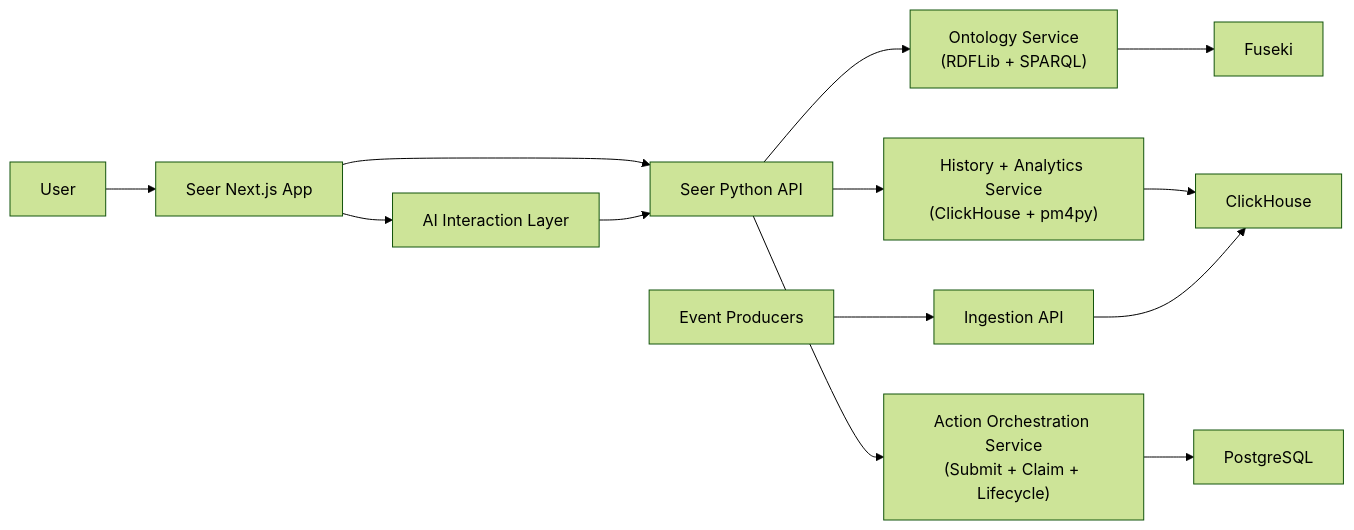
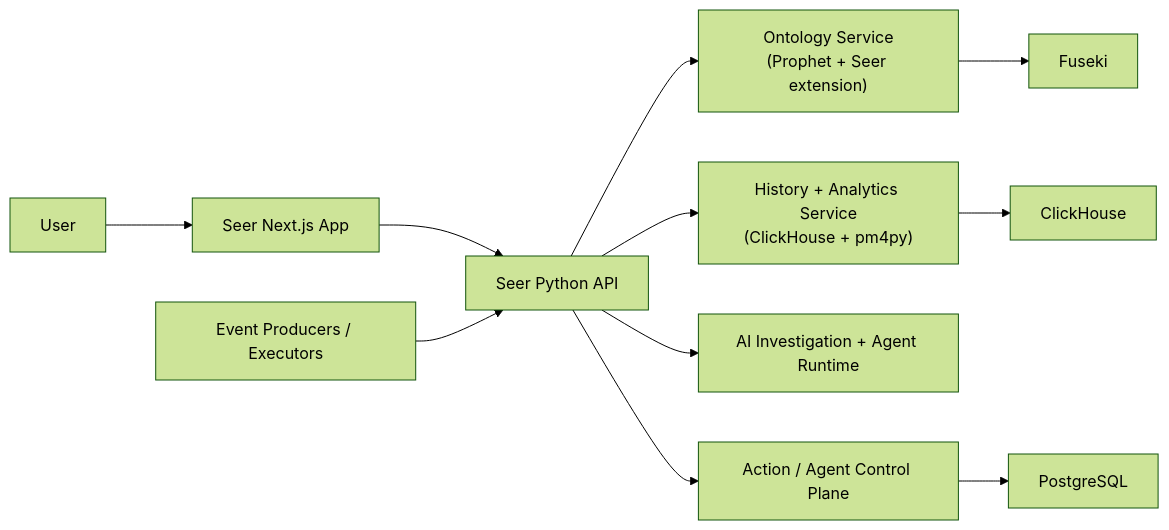
One commit to Chainso/the-seer changed the diagram in VISION.md. Above: the diagram before and after it, drawn with Mermaid (forest theme). The commit also changed other lines of this file and 8 other files, not shown here.

First line of the commit message:
Reframe Seer around AI-first investigation and managed agents

````diff
--- a/VISION.md
+++ b/VISION.md
@@ -60,18 +197,16 @@
 ```mermaid
 flowchart LR
   U["User"] --> FE["Seer Next.js App"]
   FE --> API["Seer Python API"]
-  FE --> AI["AI Interaction Layer"]
-  AI --> API
 
-  API --> ONT["Ontology Service\n(RDFLib + SPARQL)"]
+  API --> ONT["Ontology Service\n(Prophet + Seer extension)"]
   API --> HIS["History + Analytics Service\n(ClickHouse + pm4py)"]
-  API --> ACT["Action Orchestration Service\n(Submit + Claim + Lifecycle)"]
+  API --> AI["AI Investigation + Agent Runtime"]
+  API --> ACT["Action / Agent Control Plane"]
 
   ONT --> FUSEKI["Fuseki"]
   HIS --> CH["ClickHouse"]
   ACT --> PG["PostgreSQL"]
 
-  EXT["Event Producers"] --> ING["Ingestion API"]
-  ING --> CH
+  EXT["Event Producers / Executors"] --> API
 ```
````
